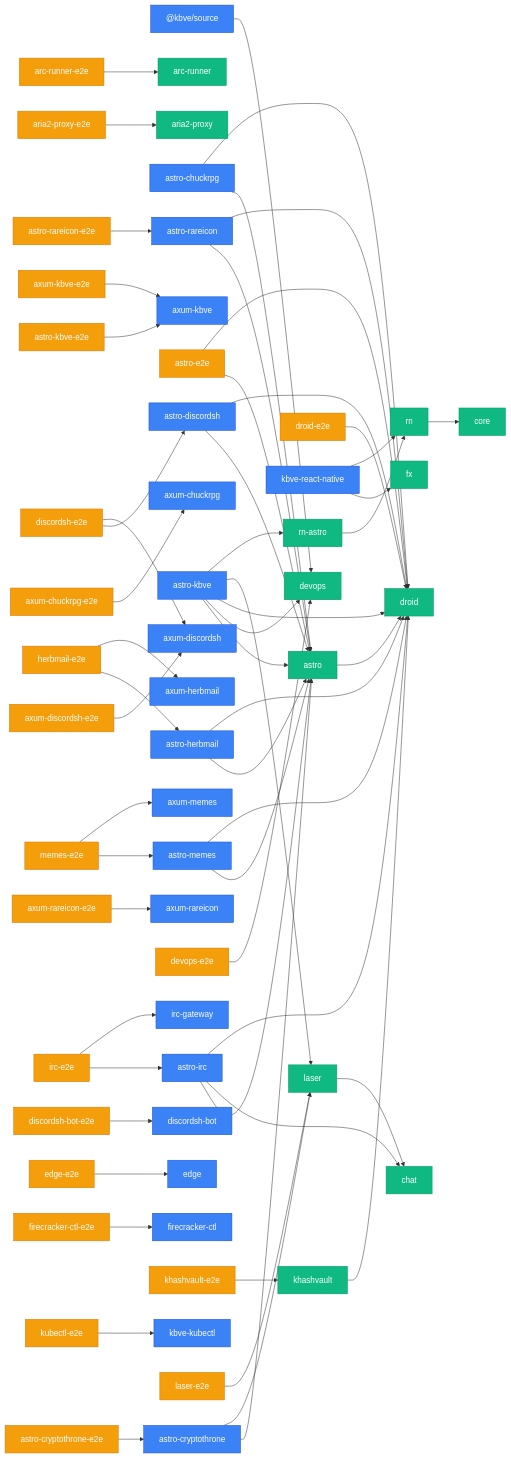
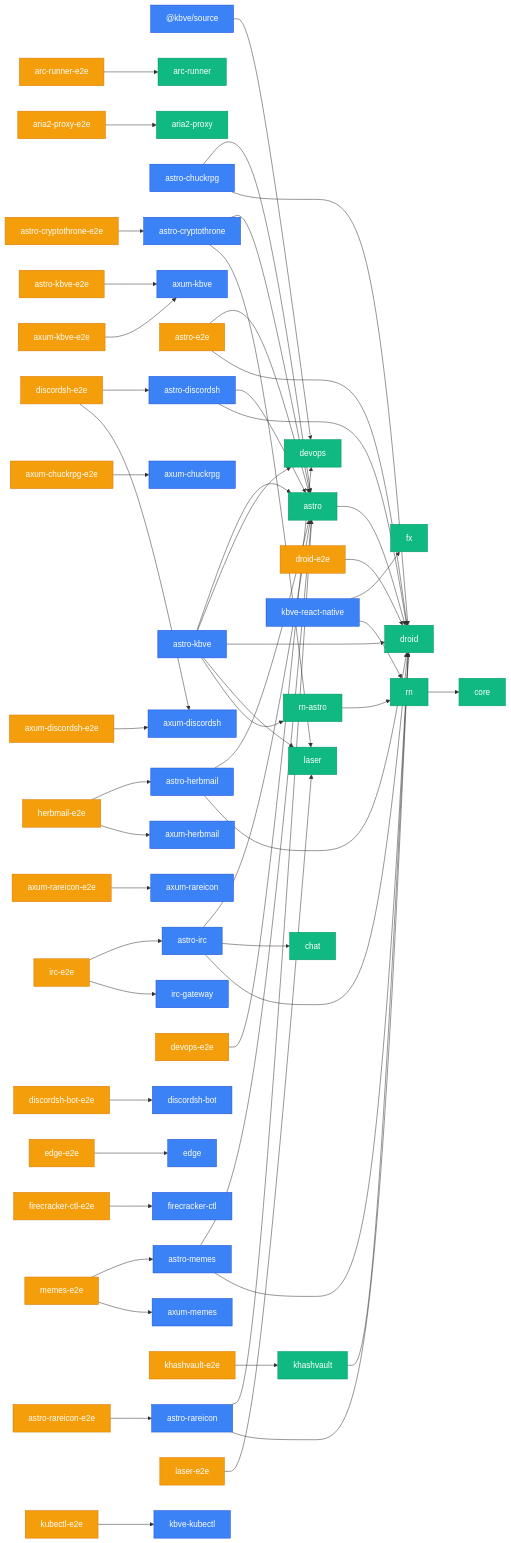
Before and after one commit to KBVE/kbve: the third of 3 diagrams in apps/kbve/astro-kbve/src/content/docs/dashboard/graph.mdx, drawn with Mermaid. The commit also changed other lines of this file and 8 other files, not shown here.

````diff
--- a/apps/kbve/astro-kbve/src/content/docs/dashboard/graph.mdx
+++ b/apps/kbve/astro-kbve/src/content/docs/dashboard/graph.mdx
@@ -79,64 +79,63 @@
 ```mermaid
 graph LR
     classDef app fill:#3b82f6,stroke:#1d4ed8,color:#fff
     classDef lib fill:#10b981,stroke:#059669,color:#fff
     classDef e2e fill:#f59e0b,stroke:#d97706,color:#fff
     _kbve_source["@kbve/source"] --> devops["devops"]
     arc_runner_e2e["arc-runner-e2e"] --> arc_runner["arc-runner"]
     aria2_proxy_e2e["aria2-proxy-e2e"] --> aria2_proxy["aria2-proxy"]
     astro["astro"] --> droid["droid"]
     astro_chuckrpg["astro-chuckrpg"] --> astro["astro"]
     astro_chuckrpg["astro-chuckrpg"] --> droid["droid"]
     astro_cryptothrone["astro-cryptothrone"] --> astro["astro"]
     astro_cryptothrone["astro-cryptothrone"] --> laser["laser"]
     astro_cryptothrone_e2e["astro-cryptothrone-e2e"] --> astro_cryptothrone["astro-cryptothrone"]
     astro_discordsh["astro-discordsh"] --> astro["astro"]
     astro_discordsh["astro-discordsh"] --> droid["droid"]
     astro_e2e["astro-e2e"] --> astro["astro"]
     astro_e2e["astro-e2e"] --> droid["droid"]
     astro_herbmail["astro-herbmail"] --> astro["astro"]
     astro_herbmail["astro-herbmail"] --> droid["droid"]
     astro_irc["astro-irc"] --> astro["astro"]
     astro_irc["astro-irc"] --> chat["chat"]
     astro_irc["astro-irc"] --> droid["droid"]
     astro_kbve["astro-kbve"] --> astro["astro"]
     astro_kbve["astro-kbve"] --> devops["devops"]
     astro_kbve["astro-kbve"] --> droid["droid"]
     astro_kbve["astro-kbve"] --> laser["laser"]
     astro_kbve["astro-kbve"] --> rn_astro["rn-astro"]
     astro_kbve_e2e["astro-kbve-e2e"] --> axum_kbve["axum-kbve"]
     astro_memes["astro-memes"] --> astro["astro"]
     astro_memes["astro-memes"] --> droid["droid"]
     astro_rareicon["astro-rareicon"] --> astro["astro"]
     astro_rareicon["astro-rareicon"] --> droid["droid"]
     astro_rareicon_e2e["astro-rareicon-e2e"] --> astro_rareicon["astro-rareicon"]
     axum_chuckrpg_e2e["axum-chuckrpg-e2e"] --> axum_chuckrpg["axum-chuckrpg"]
     axum_discordsh_e2e["axum-discordsh-e2e"] --> axum_discordsh["axum-discordsh"]
     axum_kbve_e2e["axum-kbve-e2e"] --> axum_kbve["axum-kbve"]
     axum_rareicon_e2e["axum-rareicon-e2e"] --> axum_rareicon["axum-rareicon"]
     devops_e2e["devops-e2e"] --> devops["devops"]
     discordsh_bot_e2e["discordsh-bot-e2e"] --> discordsh_bot["discordsh-bot"]
     discordsh_e2e["discordsh-e2e"] --> astro_discordsh["astro-discordsh"]
     discordsh_e2e["discordsh-e2e"] --> axum_discordsh["axum-discordsh"]
     droid_e2e["droid-e2e"] --> droid["droid"]
     edge_e2e["edge-e2e"] --> edge["edge"]
     firecracker_ctl_e2e["firecracker-ctl-e2e"] --> firecracker_ctl["firecracker-ctl"]
     herbmail_e2e["herbmail-e2e"] --> astro_herbmail["astro-herbmail"]
     herbmail_e2e["herbmail-e2e"] --> axum_herbmail["axum-herbmail"]
     irc_e2e["irc-e2e"] --> astro_irc["astro-irc"]
     irc_e2e["irc-e2e"] --> irc_gateway["irc-gateway"]
     kbve_react_native["kbve-react-native"] --> fx["fx"]
     kbve_react_native["kbve-react-native"] --> rn["rn"]
     khashvault["khashvault"] --> droid["droid"]
     khashvault_e2e["khashvault-e2e"] --> khashvault["khashvault"]
     kubectl_e2e["kubectl-e2e"] --> kbve_kubectl["kbve-kubectl"]
-    laser["laser"] --> chat["chat"]
     laser_e2e["laser-e2e"] --> laser["laser"]
     memes_e2e["memes-e2e"] --> astro_memes["astro-memes"]
     memes_e2e["memes-e2e"] --> axum_memes["axum-memes"]
     rn["rn"] --> core["core"]
     rn_astro["rn-astro"] --> rn["rn"]
-    class _kbve_source,agones_factorio,agones_factorio_relay,angelscript,astro_chuckrpg,astro_cryptothrone,astro_discordsh,astro_herbmail,astro_irc,astro_kbve,astro_memes,astro_rareicon,axum_chuckrpg,axum_cryptothrone,axum_discordsh,axum_herbmail,axum_kbve,axum_memes,axum_rareicon,cryptothrone,cryptothrone_server,desktop_kbve,discordsh,discordsh_bot,edge,factorio_ctl,firecracker_ctl,herbmail,iot_edge_worker,irc,irc_gateway,isometric,jobboard,kbve_gate,kbve_kubectl,kbve_react_native,kbve_spider,kilobase,mc,mc_lobby,mc_velocity,memes,nd_server,nexus_defense,notification_bot,pydesk,rows,unity_rareicon,unreal_rentearth app
+    class _kbve_source,agones_factorio,agones_factorio_relay,angelscript,arpg_server,astro_chuckrpg,astro_cryptothrone,astro_discordsh,astro_herbmail,astro_irc,astro_kbve,astro_memes,astro_rareicon,axum_chuckrpg,axum_cryptothrone,axum_discordsh,axum_herbmail,axum_kbve,axum_memes,axum_rareicon,cryptothrone,cryptothrone_server,desktop_kbve,discordsh,discordsh_bot,edge,factorio_ctl,firecracker_ctl,herbmail,iot_edge_worker,irc,irc_gateway,isometric,jobboard,kbve_gate,kbve_kubectl,kbve_react_native,kbve_spider,kilobase,mc,mc_lobby,mc_velocity,memes,nd_server,nexus_defense,notification_bot,pydesk,rows,unity_rareicon,unreal_rentearth app
     class arc_runner,aria2_proxy,astro,bevy_battle,bevy_behavior,bevy_cam,bevy_chat,bevy_db,bevy_inventory,bevy_items,bevy_kbve_net,bevy_mapdb,bevy_npc,bevy_pathfinder,bevy_player,bevy_quests,bevy_skills,bevy_statemachine,bevy_supa,bevy_tasker,chat,chisel_ubuntu_axum,core,data_proto,data_sql,devops,droid,erust,firecracker_node_web,firecracker_python_net,firecracker_python_web,fx,holy,jedi,kasm_cloakbrowser,kasm_void,kbve,kbve_wgpu,khashvault,laser,python_fudster,python_kbve,q,rn,rn_astro,simgrid,steamcmd_ubuntu,uniti lib
     class arc_runner_e2e,aria2_proxy_e2e,astro_cryptothrone_e2e,astro_e2e,astro_kbve_e2e,astro_rareicon_e2e,axum_chuckrpg_e2e,axum_discordsh_e2e,axum_kbve_e2e,axum_rareicon_e2e,devops_e2e,discordsh_bot_e2e,discordsh_e2e,droid_e2e,edge_e2e,firecracker_ctl_e2e,herbmail_e2e,irc_e2e,khashvault_e2e,kubectl_e2e,laser_e2e,memes_e2e e2e
 ```
````
